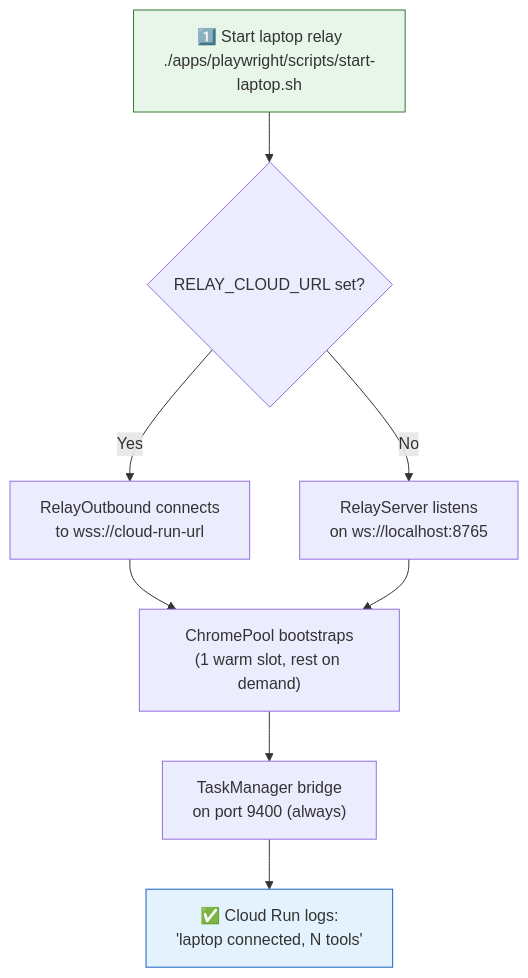
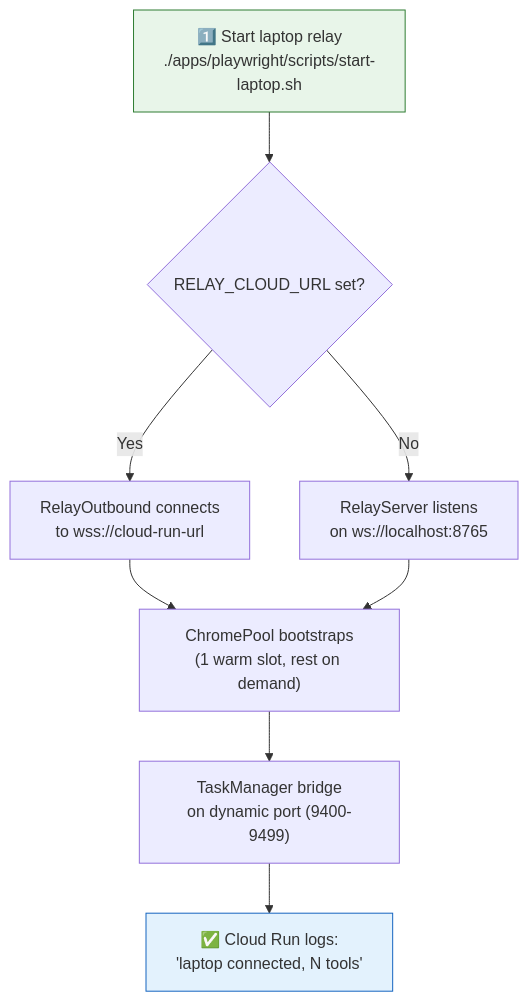
One commit to rohitsingh30/shofferAi changed the third of 3 diagrams in docs/DEPLOYMENT.md. Above: the diagram before and after it, drawn with Mermaid. The commit also changed other lines of this file and 10 other files, not shown here.

First line of the commit message:
docs: fix hardcoded port references — bridge/MCP ports are dynamic (9400-9499)

````diff
--- a/docs/DEPLOYMENT.md
+++ b/docs/DEPLOYMENT.md
@@ -136,13 +136,13 @@
 ```mermaid
 graph TD
     A["1️⃣ Start laptop relay<br/>./apps/playwright/scripts/start-laptop.sh"] --> B{"RELAY_CLOUD_URL set?"}
     B -->|"Yes"| C["RelayOutbound connects<br/>to wss://cloud-run-url"]
     B -->|"No"| D["RelayServer listens<br/>on ws://localhost:8765"]
     C --> E["ChromePool bootstraps<br/>(1 warm slot, rest on demand)"]
     D --> E
-    E --> G["TaskManager bridge<br/>on port 9400 (always)"]
+    E --> G["TaskManager bridge<br/>on dynamic port (9400-9499)"]
     G --> F["✅ Cloud Run logs:<br/>'laptop connected, N tools'"]
     
     style A fill:#e8f5e9,stroke:#2e7d32
     style F fill:#e3f2fd,stroke:#1565c0
 ```
````
